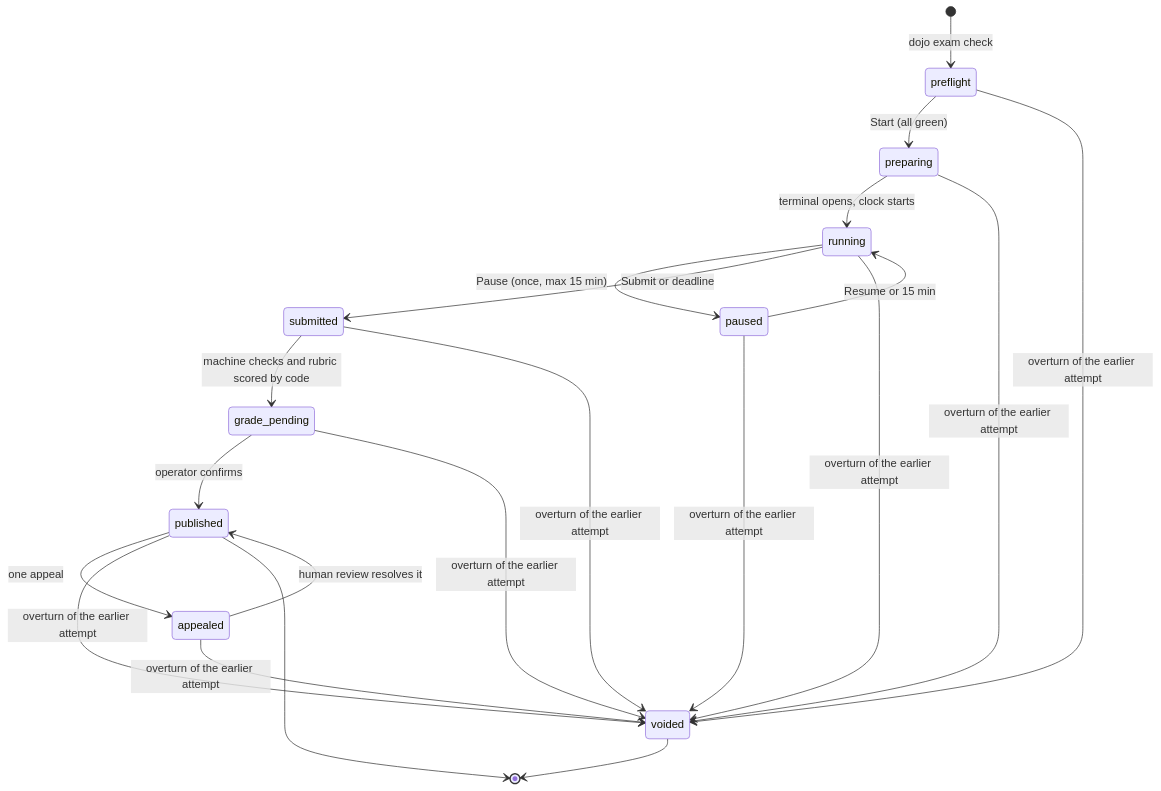
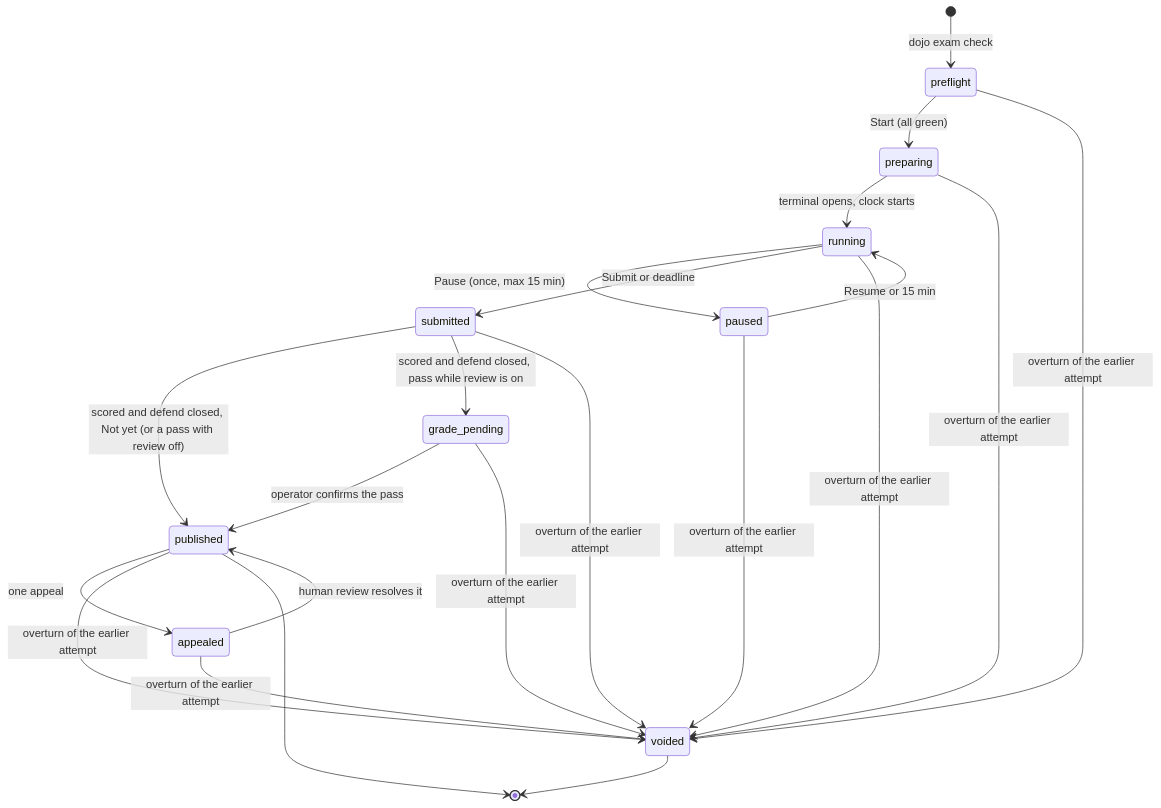
Before and after one commit to kibanbuild/dojo: the second of 2 diagrams in docs/technical-design.md, drawn with Mermaid. The commit also changed other lines of this file and 2 other files, not shown here.

First line of the commit message:
docs(design): review only passes and trim the operator learner actions

````diff
--- a/docs/technical-design.md
+++ b/docs/technical-design.md
@@ -439,23 +439,24 @@
 ```mermaid
 stateDiagram-v2
   [*] --> preflight: dojo exam check
   preflight --> preparing: Start (all green)
   preparing --> running: terminal opens, clock starts
   running --> paused: Pause (once, max 15 min)
   paused --> running: Resume or 15 min
   running --> submitted: Submit or deadline
-  submitted --> grade_pending: machine checks and rubric scored by code
-  grade_pending --> published: operator confirms
+  submitted --> published: scored and defend closed, Not yet (or a pass with review off)
+  submitted --> grade_pending: scored and defend closed, pass while review is on
+  grade_pending --> published: operator confirms the pass
   published --> appealed: one appeal
   appealed --> published: human review resolves it
   preflight --> voided: overturn of the earlier attempt
   preparing --> voided: overturn of the earlier attempt
   running --> voided: overturn of the earlier attempt
   paused --> voided: overturn of the earlier attempt
   submitted --> voided: overturn of the earlier attempt
   grade_pending --> voided: overturn of the earlier attempt
   appealed --> voided: overturn of the earlier attempt
   published --> voided: overturn of the earlier attempt
   published --> [*]
   voided --> [*]
 ```
````
